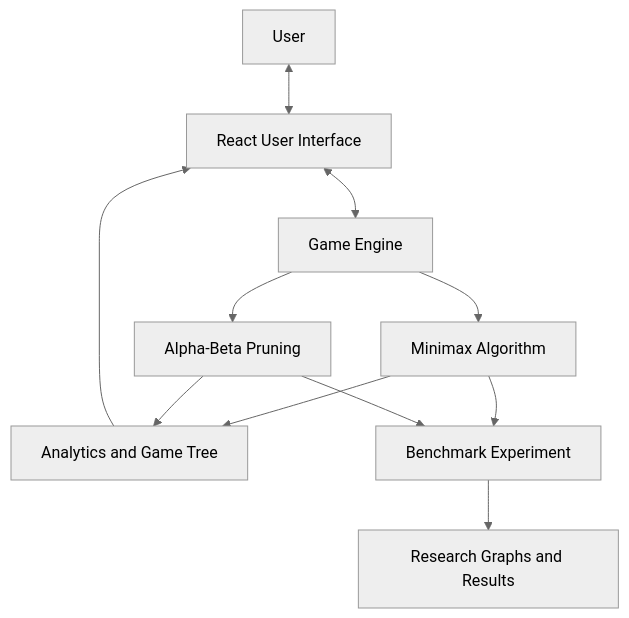
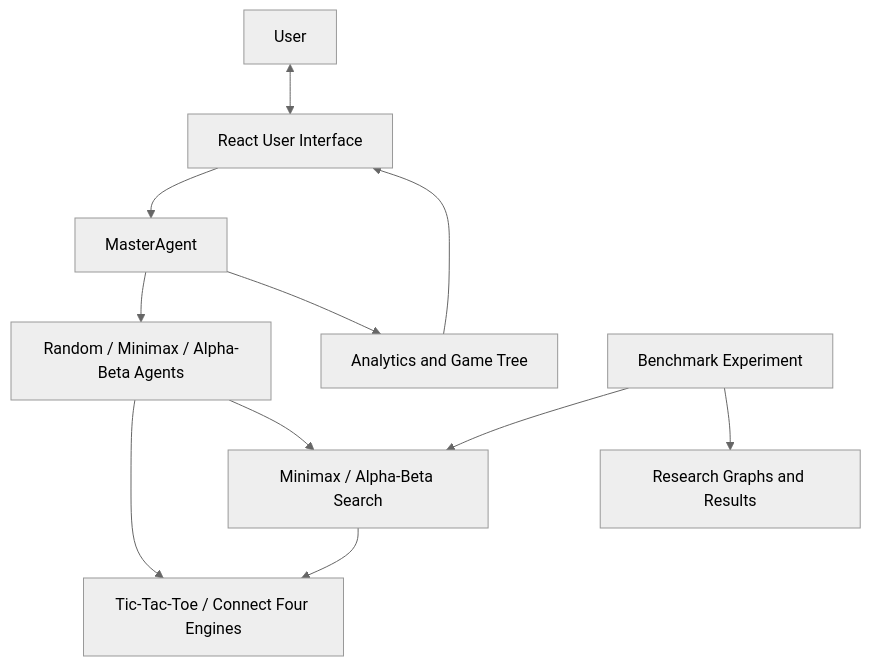
The diagram in SYSTEM_ARCHITECTURE.md (sethu766/ai-tic-tac-toe), drawn with Mermaid (neutral theme) before and after one commit. The commit also changed other lines of this file and 22 other files, not shown here.

Commit message:
Update NEURALTAC and Connect Four

````diff
--- a/SYSTEM_ARCHITECTURE.md
+++ b/SYSTEM_ARCHITECTURE.md
@@ -9,22 +9,23 @@
 ```mermaid
 flowchart TD
     U[User]
     UI[React User Interface]
-    GE[Game Engine]
-    MM[Minimax Algorithm]
-    AB[Alpha-Beta Pruning]
+    MA[MasterAgent]
+    AG[Random / Minimax / Alpha-Beta Agents]
+    GE[Tic-Tac-Toe / Connect Four Engines]
+    SA[Minimax / Alpha-Beta Search]
     AN[Analytics and Game Tree]
     BU[Benchmark Experiment]
     RF[Research Graphs and Results]
 
     U <--> UI
-    UI <--> GE
-    GE --> MM
-    GE --> AB
-    MM --> AN
-    AB --> AN
-    MM --> BU
-    AB --> BU
+    UI --> MA
+    MA --> AG
+    AG --> GE
+    AG --> SA
+    SA --> GE
+    MA --> AN
+    BU --> SA
     BU --> RF
     AN --> UI
 ```
````
